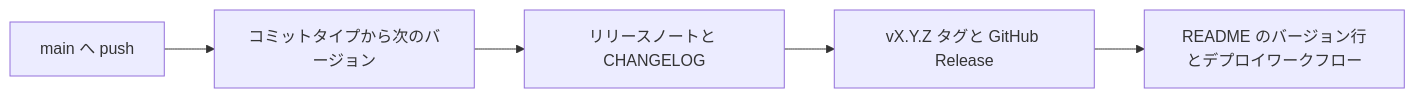
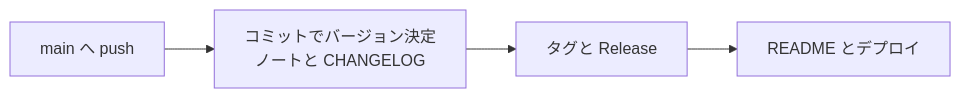
Before and after one commit to Twin-Fang/project-auto-wizard: the second of 2 diagrams in README.ja.md, drawn with Mermaid. The commit also changed other lines of this file and 3 other files, not shown here.

````diff
--- a/README.ja.md
+++ b/README.ja.md
@@ -136,7 +130,4 @@
 ```mermaid
 flowchart LR
-    A[main へ push] --> B[コミットタイプから次のバージョン]
-    B --> C[リリースノートと CHANGELOG]
-    C --> D[vX.Y.Z タグと GitHub Release]
-    D --> E[README のバージョン行とデプロイワークフロー]
+    A["main へ push"] --> B["コミットでバージョン決定<br/>ノートと CHANGELOG"] --> C["タグと Release"] --> D["README とデプロイ"]
 ```
````
